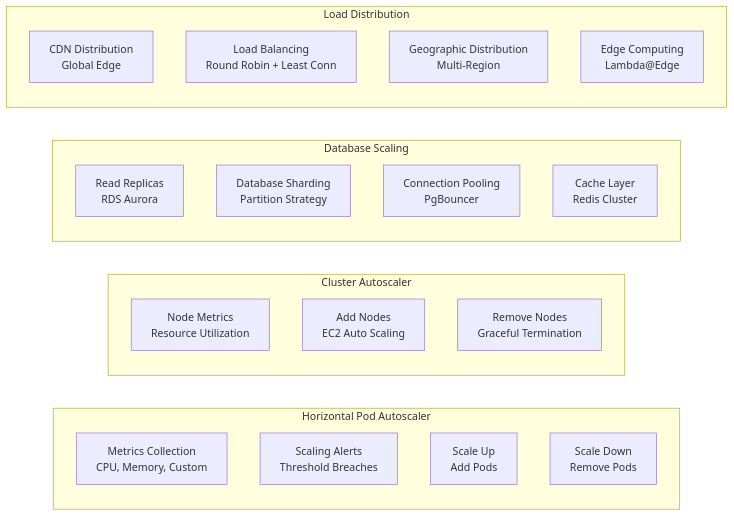
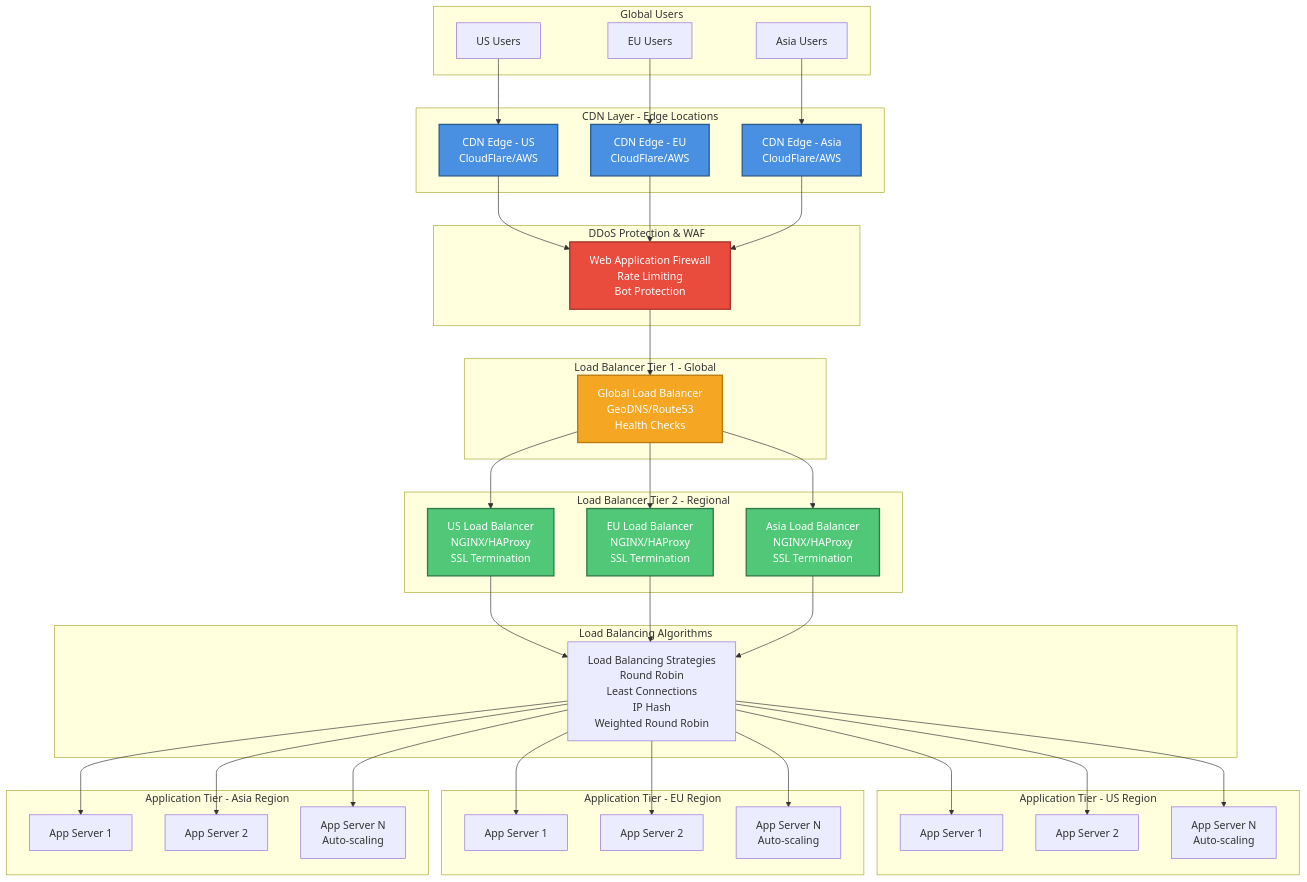
One commit to amar01vidality/Chat_System_documention_And_Architecture- changed the third of 10 diagrams in architecture.md. Above: the diagram before and after it, drawn with Mermaid. The commit also changed other lines of this file, not shown here.

````diff
--- a/architecture.md
+++ b/architecture.md
@@ -267,29 +233,89 @@
 ```mermaid
-graph LR
-    subgraph "Horizontal Pod Autoscaler"
-        METRICS[Metrics Collection<br/>CPU, Memory, Custom]
-        ALERTS[Scaling Alerts<br/>Threshold Breaches]
-        SCALE_UP[Scale Up<br/>Add Pods]
-        SCALE_DOWN[Scale Down<br/>Remove Pods]
+graph TB
+    subgraph "Global Users"
+        US_USERS[US Users]
+        EU_USERS[EU Users]
+        ASIA_USERS[Asia Users]
     end
 
-    subgraph "Cluster Autoscaler"
-        NODE_METRICS[Node Metrics<br/>Resource Utilization]
-        ADD_NODES[Add Nodes<br/>EC2 Auto Scaling]
-        REMOVE_NODES[Remove Nodes<br/>Graceful Termination]
+    subgraph "CDN Layer - Edge Locations"
+        CDN_US[CDN Edge - US<br/>CloudFlare/AWS]
+        CDN_EU[CDN Edge - EU<br/>CloudFlare/AWS]
+        CDN_ASIA[CDN Edge - Asia<br/>CloudFlare/AWS]
     end
 
-    subgraph "Database Scaling"
-        READ_REPLICAS[Read Replicas<br/>RDS Aurora]
-        SHARDING[Database Sharding<br/>Partition Strategy]
-        CONNECTION_POOL[Connection Pooling<br/>PgBouncer]
-        CACHE_LAYER[Cache Layer<br/>Redis Cluster]
+    subgraph "DDoS Protection & WAF"
+        WAF[Web Application Firewall<br/>Rate Limiting<br/>Bot Protection]
     end
 
-    subgraph "Load Distribution"
-        CDN[CDN Distribution<br/>Global Edge]
-        LB_ALG[Load Balancing<br/>Round Robin + Least Conn]
-        GEO_DIST[Geographic Distribution<br/>Multi-Region]
-        EDGE_COMPUTE[Edge Computing<br/>Lambda@Edge]
+    subgraph "Load Balancer Tier 1 - Global"
+        GLB[Global Load Balancer<br/>GeoDNS/Route53<br/>Health Checks]
     end
+
+    subgraph "Load Balancer Tier 2 - Regional"
+        LB_US[US Load Balancer<br/>NGINX/HAProxy<br/>SSL Termination]
+        LB_EU[EU Load Balancer<br/>NGINX/HAProxy<br/>SSL Termination]
+        LB_ASIA[Asia Load Balancer<br/>NGINX/HAProxy<br/>SSL Termination]
+    end
+
+    subgraph "Application Tier - US Region"
+        APP_US_1[App Server 1]
+        APP_US_2[App Server 2]
+        APP_US_3[App Server N<br/>Auto-scaling]
+    end
+
+    subgraph "Application Tier - EU Region"
+        APP_EU_1[App Server 1]
+        APP_EU_2[App Server 2]
+        APP_EU_3[App Server N<br/>Auto-scaling]
+    end
+
+    subgraph "Application Tier - Asia Region"
+        APP_ASIA_1[App Server 1]
+        APP_ASIA_2[App Server 2]
+        APP_ASIA_3[App Server N<br/>Auto-scaling]
+    end
+
+    subgraph "Load Balancing Algorithms"
+        ALGO[Load Balancing Strategies<br/>Round Robin<br/>Least Connections<br/>IP Hash<br/>Weighted Round Robin]
+    end
+
+    US_USERS --> CDN_US
+    EU_USERS --> CDN_EU
+    ASIA_USERS --> CDN_ASIA
+    
+    CDN_US --> WAF
+    CDN_EU --> WAF
+    CDN_ASIA --> WAF
+    
+    WAF --> GLB
+    
+    GLB --> LB_US
+    GLB --> LB_EU
+    GLB --> LB_ASIA
+    
+    LB_US --> ALGO
+    LB_EU --> ALGO
+    LB_ASIA --> ALGO
+    
+    ALGO --> APP_US_1
+    ALGO --> APP_US_2
+    ALGO --> APP_US_3
+    
+    ALGO --> APP_EU_1
+    ALGO --> APP_EU_2
+    ALGO --> APP_EU_3
+    
+    ALGO --> APP_ASIA_1
+    ALGO --> APP_ASIA_2
+    ALGO --> APP_ASIA_3
+    
+    style CDN_US fill:#4A90E2,stroke:#2E5C8A,stroke-width:2px,color:#fff
+    style CDN_EU fill:#4A90E2,stroke:#2E5C8A,stroke-width:2px,color:#fff
+    style CDN_ASIA fill:#4A90E2,stroke:#2E5C8A,stroke-width:2px,color:#fff
+    style WAF fill:#E94B3C,stroke:#A83228,stroke-width:2px,color:#fff
+    style GLB fill:#F5A623,stroke:#B87A0F,stroke-width:2px,color:#fff
+    style LB_US fill:#50C878,stroke:#2D7A4A,stroke-width:2px,color:#fff
+    style LB_EU fill:#50C878,stroke:#2D7A4A,stroke-width:2px,color:#fff
+    style LB_ASIA fill:#50C878,stroke:#2D7A4A,stroke-width:2px,color:#fff
 ```
````
